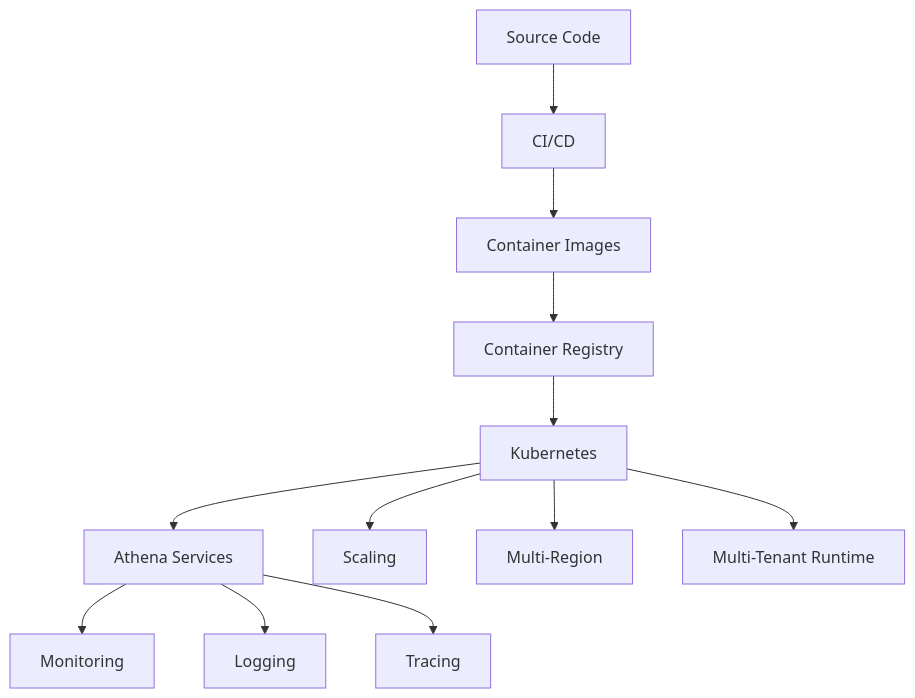
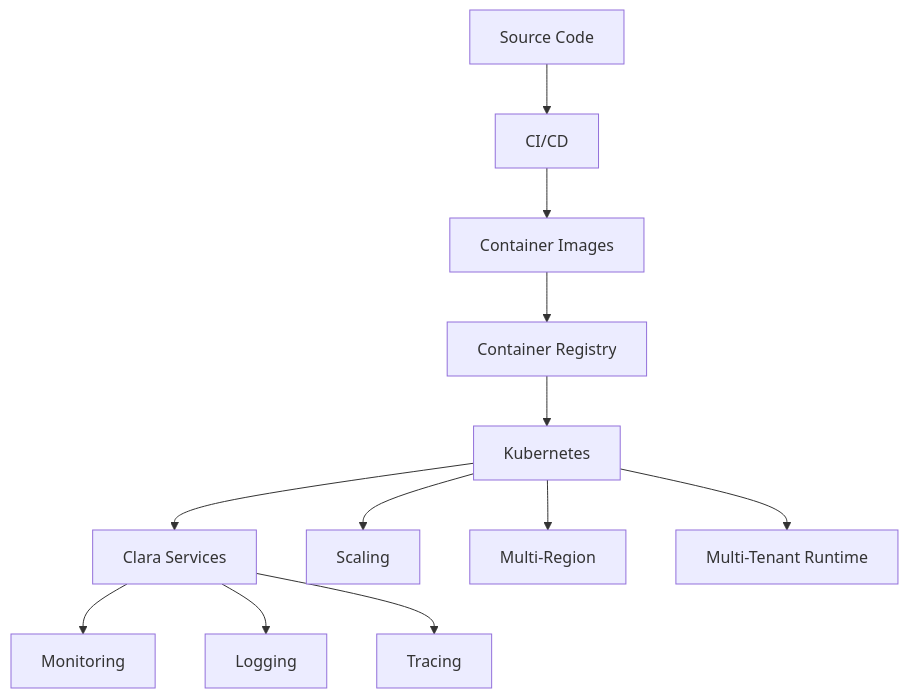
Before and after one commit to VaxXinE/CLARA: the diagram in docs/BOOK-02-Master-Blueprint/PART-09-Infrastructure/README.md, drawn with Mermaid. The commit also changed other lines of this file and 529 other files, not shown here.

````diff
--- a/docs/BOOK-02-Master-Blueprint/PART-09-Infrastructure/README.md
+++ b/docs/BOOK-02-Master-Blueprint/PART-09-Infrastructure/README.md
@@ -85,16 +85,16 @@
 ```mermaid
 flowchart TD
     Code[Source Code] --> CICD[CI/CD]
     CICD --> Images[Container Images]
     Images --> Registry[Container Registry]
     Registry --> Kubernetes[Kubernetes]
-    Kubernetes --> Services[Athena Services]
+    Kubernetes --> Services[Clara Services]
 
     Services --> Monitoring[Monitoring]
     Services --> Logging[Logging]
     Services --> Tracing[Tracing]
 
     Kubernetes --> Scaling[Scaling]
     Kubernetes --> MultiRegion[Multi-Region]
     Kubernetes --> MultiTenant[Multi-Tenant Runtime]
 ```
````
